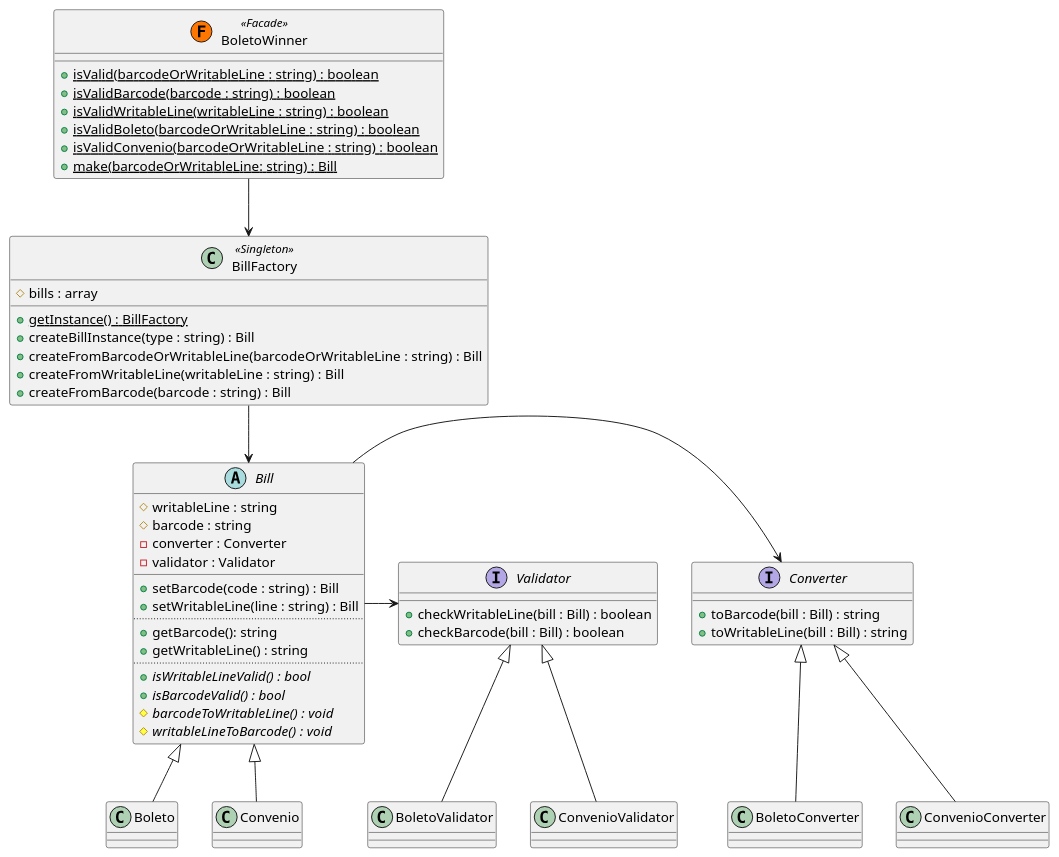
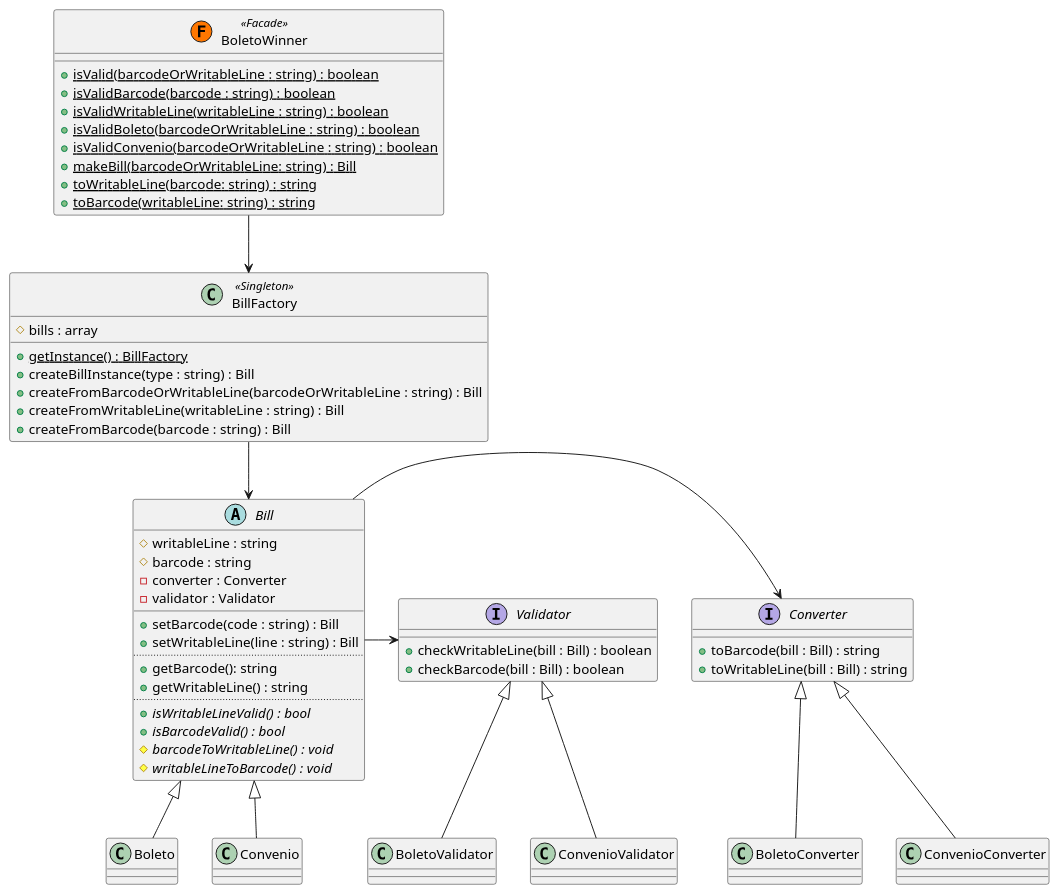
One commit to claudsonm/boleto-winner changed the diagram in resources/diagrams/class_diagram.puml. Above: the diagram before and after it, drawn with PlantUML. The commit also changed 4 other files, not shown here.

```diff
--- a/resources/diagrams/class_diagram.puml
+++ b/resources/diagrams/class_diagram.puml
@@ -1,64 +1,66 @@
 @startuml
 class BoletoWinner << (F,#FF7700) Facade >> {
     + {static} isValid(barcodeOrWritableLine : string) : boolean
     + {static} isValidBarcode(barcode : string) : boolean
     + {static} isValidWritableLine(writableLine : string) : boolean
     + {static} isValidBoleto(barcodeOrWritableLine : string) : boolean
     + {static} isValidConvenio(barcodeOrWritableLine : string) : boolean
-    + {static} make(barcodeOrWritableLine: string) : Bill
+    + {static} makeBill(barcodeOrWritableLine: string) : Bill
+    + {static} toWritableLine(barcode: string) : string
+    + {static} toBarcode(writableLine: string) : string
 }
 
 class BillFactory << Singleton >> {
     # bills : array
     + {static} getInstance() : BillFactory
     + createBillInstance(type : string) : Bill
     + createFromBarcodeOrWritableLine(barcodeOrWritableLine : string) : Bill
     + createFromWritableLine(writableLine : string) : Bill
     + createFromBarcode(barcode : string) : Bill
 }
 
 interface Converter {
     + toBarcode(bill : Bill) : string
     + toWritableLine(bill : Bill) : string
 }
 
 interface Validator {
     + checkWritableLine(bill : Bill) : boolean
     + checkBarcode(bill : Bill) : boolean
 }
 
 abstract Bill {
     # writableLine : string
     # barcode : string
     - converter : Converter
     - validator : Validator
     __
     + setBarcode(code : string) : Bill
     + setWritableLine(line : string) : Bill
     ..
     + getBarcode(): string
     + getWritableLine() : string
     ..
     + {abstract} isWritableLineValid() : bool
     + {abstract} isBarcodeValid() : bool
     # {abstract} barcodeToWritableLine() : void
     # {abstract} writableLineToBarcode() : void
 }
 
 BoletoWinner --> BillFactory
 
 BillFactory --> Bill
 
 Bill <|-- Boleto
 Bill <|-- Convenio
 
 Bill -> Converter
 Bill -> Validator
 
 Converter <|-- BoletoConverter
 Converter <|-- ConvenioConverter
 
 Validator <|-- BoletoValidator
 Validator <|-- ConvenioValidator
 
 @enduml
```
